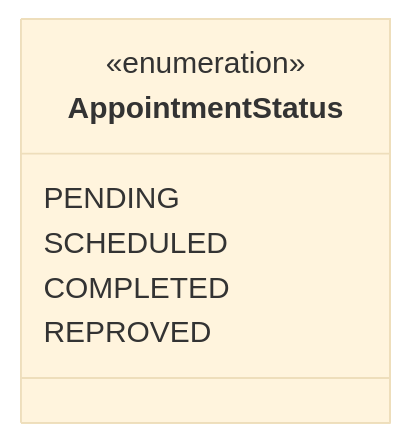
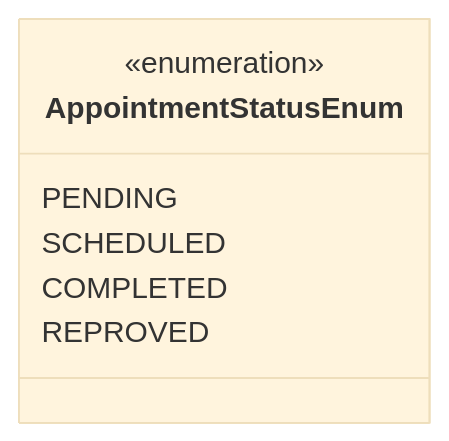
Before and after one commit to leonardodimarchi/massage-therapy-api: the fourth of 4 diagrams in README.md, drawn with Mermaid (base theme). The commit also changed other lines of this file, not shown here.

Commit message:
docs(README): updating diagram

````diff
--- a/README.md
+++ b/README.md
@@ -39,10 +55,10 @@
 ```mermaid
 classDiagram
-class AppointmentStatus {
+class AppointmentStatusEnum {
     <<enumeration>>
     PENDING
     SCHEDULED
     COMPLETED
     REPROVED
 }
 ```
````
